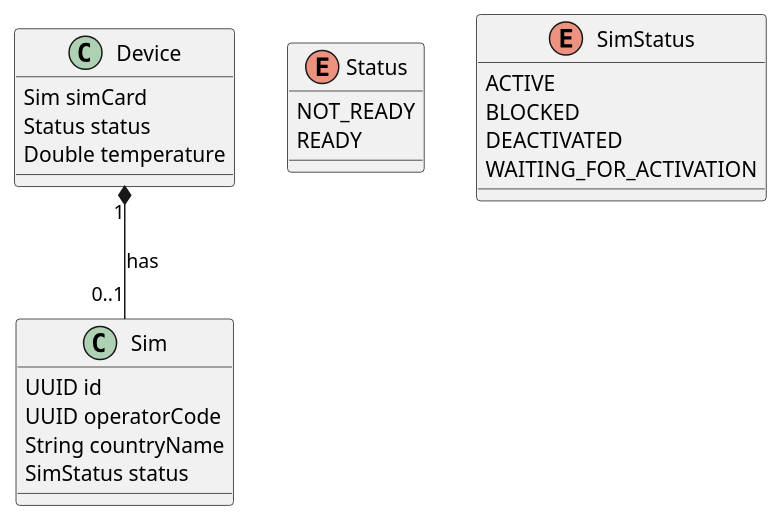
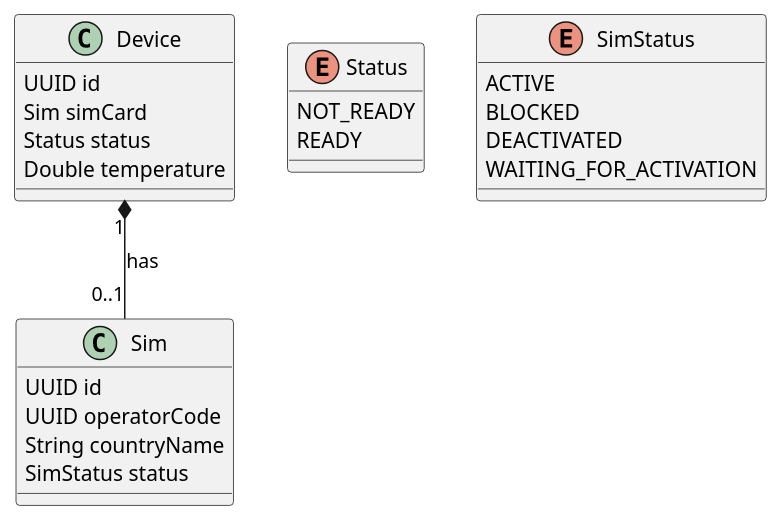
One commit to jpargoteo/vodafone-technical-test changed the diagram in documentation/diagrams/01-Class-Diagram.puml. Above: the diagram before and after it, drawn with PlantUML. The commit also changed 14 other files, not shown here.

```diff
--- a/documentation/diagrams/01-Class-Diagram.puml
+++ b/documentation/diagrams/01-Class-Diagram.puml
@@ -1,32 +1,33 @@
 @startuml
 'https://plantuml.com/class-diagram
 
 
 class Device {
+UUID id
 Sim simCard
 Status status
 Double temperature
 }
 
 class Sim {
 UUID id
 UUID operatorCode
 String countryName
 SimStatus status
 }
 
 enum Status {
 NOT_READY
 READY
 }
 
 enum SimStatus {
 ACTIVE
 BLOCKED
 DEACTIVATED
 WAITING_FOR_ACTIVATION
 }
 
 Device "1" *--"0..1" Sim : has
 
 @enduml
```
